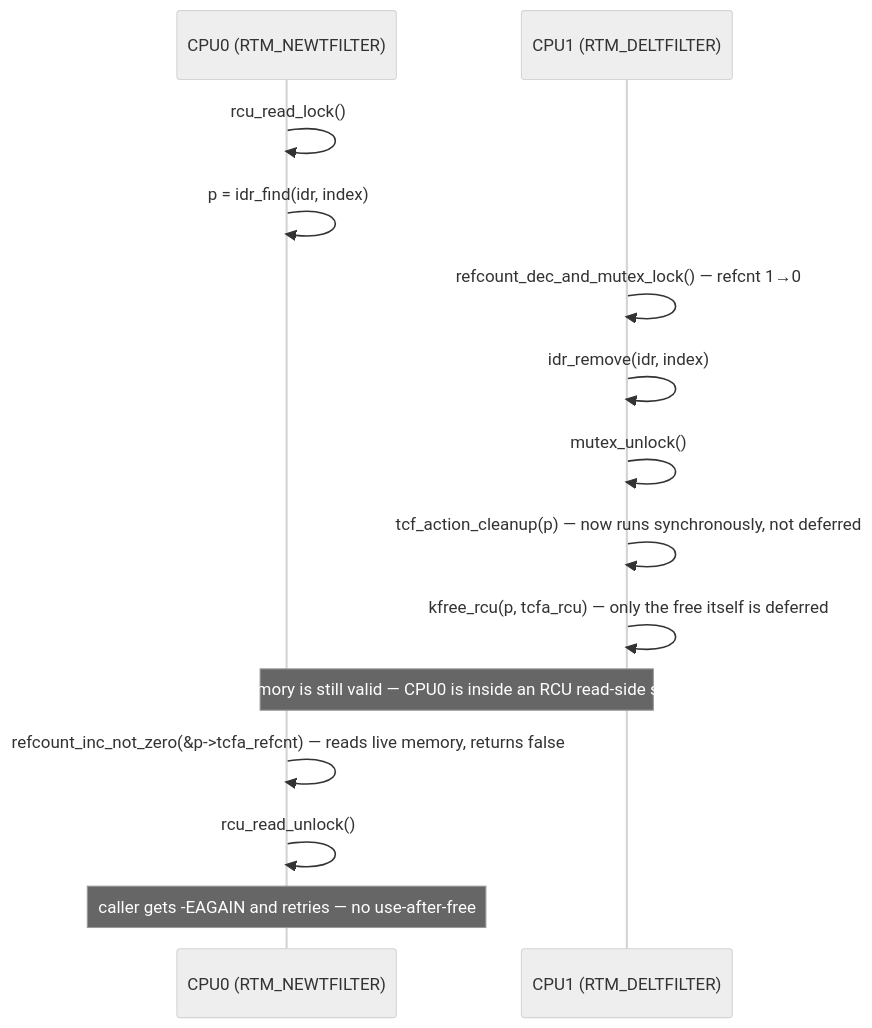
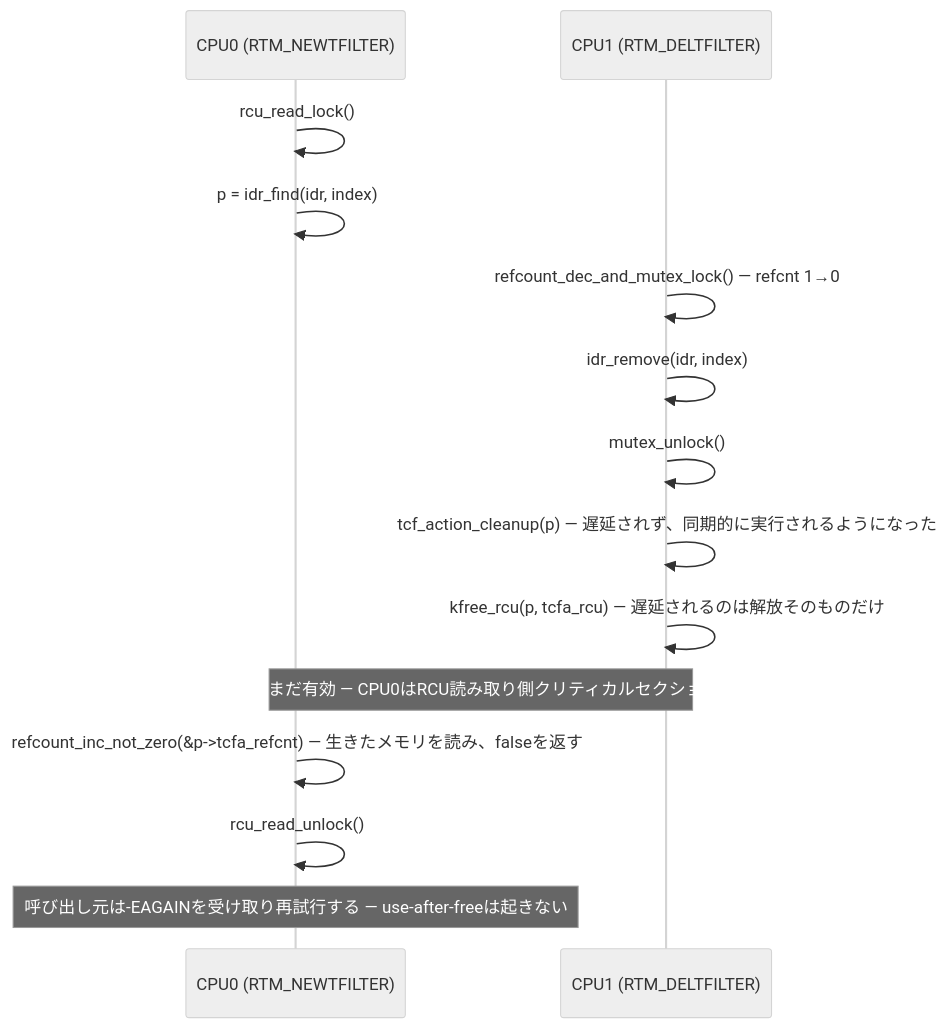
The third of 3 diagrams in docs/net/war-stories/act-api-uaf.md (doguto/linux-kernel-internals-jp), drawn with Mermaid (neutral theme) before and after one commit. The commit also changed other lines of this file and 34 other files, not shown here.

````diff
--- a/docs/net/war-stories/act-api-uaf.md
+++ b/docs/net/war-stories/act-api-uaf.md
@@ -168,16 +168,16 @@
 ```mermaid
 sequenceDiagram
     participant C0 as CPU0 (RTM_NEWTFILTER)
     participant C1 as CPU1 (RTM_DELTFILTER)
     C0->>C0: rcu_read_lock()
     C0->>C0: p = idr_find(idr, index)
     C1->>C1: refcount_dec_and_mutex_lock() — refcnt 1→0
     C1->>C1: idr_remove(idr, index)
     C1->>C1: mutex_unlock()
-    C1->>C1: tcf_action_cleanup(p) — now runs synchronously, not deferred
-    C1->>C1: kfree_rcu(p, tcfa_rcu) — only the free itself is deferred
-    Note over C0,C1: p's memory is still valid — CPU0 is inside an RCU read-side section
-    C0->>C0: refcount_inc_not_zero(&p->tcfa_refcnt) — reads live memory, returns false
+    C1->>C1: tcf_action_cleanup(p) — 遅延されず、同期的に実行されるようになった
+    C1->>C1: kfree_rcu(p, tcfa_rcu) — 遅延されるのは解放そのものだけ
+    Note over C0,C1: pのメモリはまだ有効 — CPU0はRCU読み取り側クリティカルセクション内にいる
+    C0->>C0: refcount_inc_not_zero(&p->tcfa_refcnt) — 生きたメモリを読み、falseを返す
     C0->>C0: rcu_read_unlock()
-    Note over C0: caller gets -EAGAIN and retries — no use-after-free
+    Note over C0: 呼び出し元は-EAGAINを受け取り再試行する — use-after-freeは起きない
 ```
````
